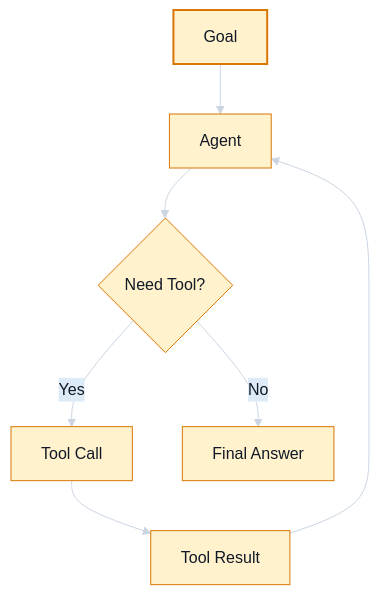
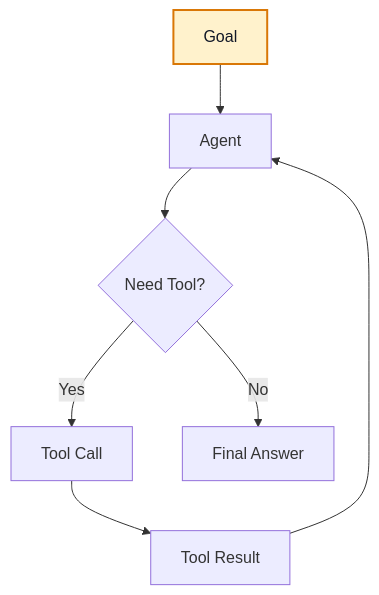
One commit to azam123/awesome-ai-engineer changed diagram 16 of 26 in AI-Engineer-Interview-Questions-2026.md. Above: the diagram before and after it, drawn with Mermaid. The commit also changed other lines of this file, not shown here.

Commit message:
docs: fix GitHub Mermaid rendering compatibility

````diff
--- a/AI-Engineer-Interview-Questions-2026.md
+++ b/AI-Engineer-Interview-Questions-2026.md
@@ -1032,14 +1017,13 @@
 ```mermaid
 flowchart TD
-%%{init: {"theme":"base","themeVariables":{"background":"#111827","primaryColor":"#FFF2CC","primaryTextColor":"#111827","primaryBorderColor":"#D97706","lineColor":"#CBD5E1","secondaryColor":"#DDEBF7","secondaryTextColor":"#111827","secondaryBorderColor":"#2563EB","tertiaryColor":"#E2F0D9","tertiaryTextColor":"#111827","tertiaryBorderColor":"#15803D","noteBkgColor":"#FFF2CC","noteTextColor":"#111827","noteBorderColor":"#D97706","actorBkg":"#DDEBF7","actorBorder":"#2563EB","actorTextColor":"#111827","signalColor":"#E5E7EB","signalTextColor":"#111827","labelBoxBkgColor":"#FFF2CC","labelBoxBorderColor":"#D97706","labelTextColor":"#111827"}}}%%
+A[Goal] --> B[Agent]
+B --> C{Need Tool?}
+C -->|Yes| D[Tool Call]
+D --> E[Tool Result]
+E --> B
+C -->|No| F[Final Answer]
+class A yellow
 classDef yellow fill:#FFF2CC,stroke:#D97706,stroke-width:2px,color:#111827;
 classDef blue fill:#DDEBF7,stroke:#2563EB,stroke-width:2px,color:#111827;
 classDef green fill:#E2F0D9,stroke:#15803D,stroke-width:2px,color:#111827;
-    A[Goal] --> B[Agent]
-    B --> C{Need Tool?}
-    C -->|Yes| D[Tool Call]
-    D --> E[Tool Result]
-    E --> B
-    C -->|No| F[Final Answer]
-    class A yellow;
 ```
````
